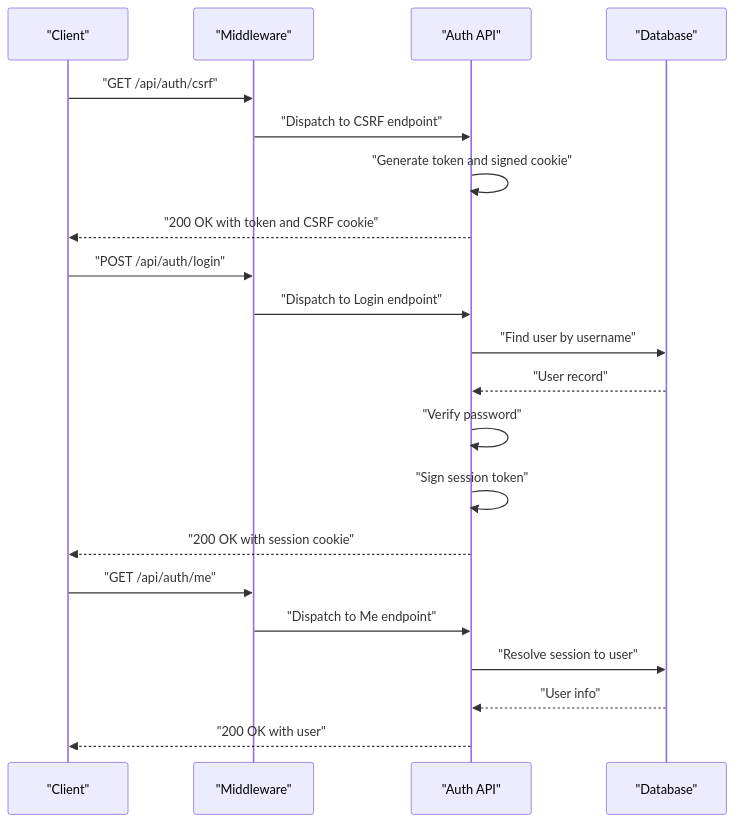
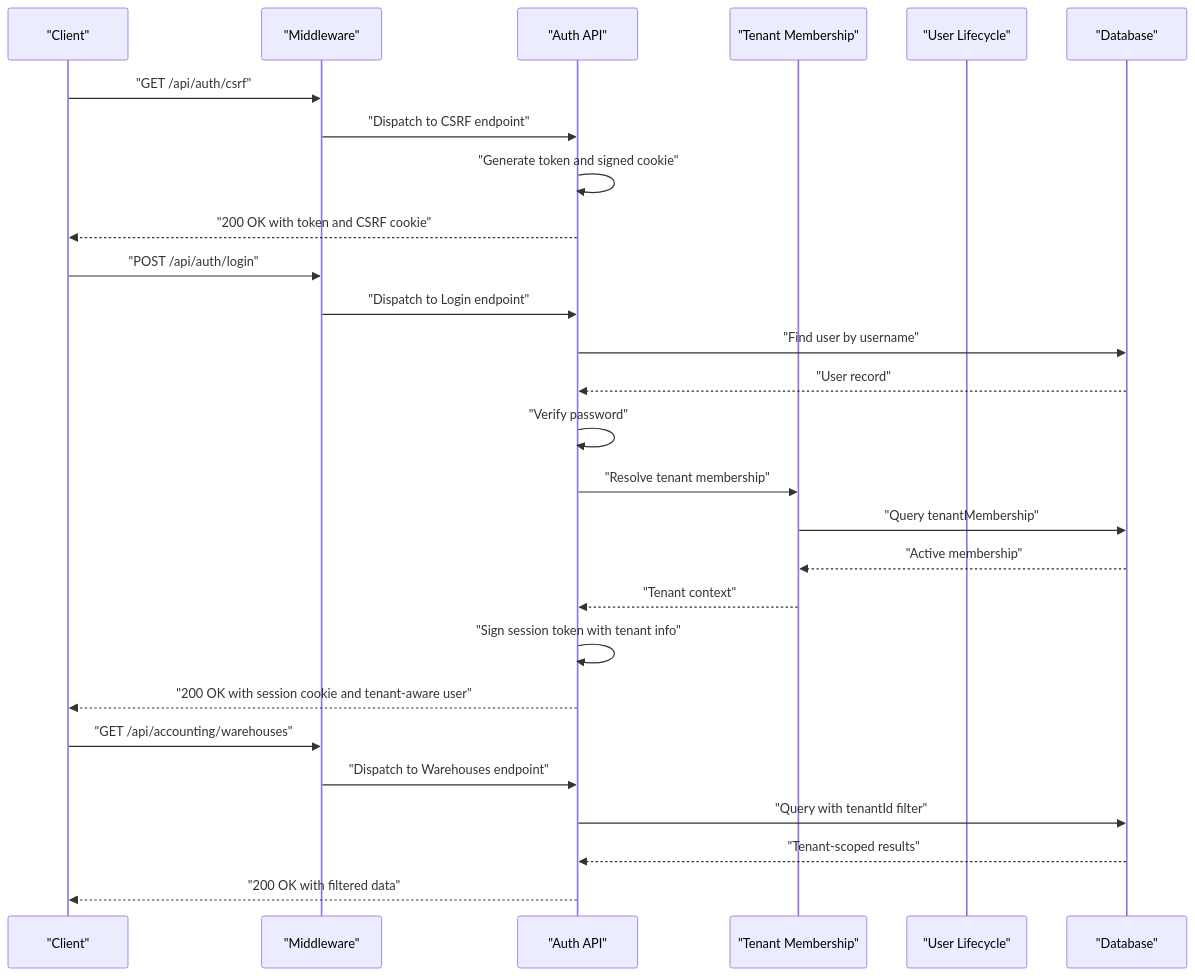
Before and after one commit to nzey11/erp-new: the second of 11 diagrams in .qoder/repowiki/en/content/Authentication & Authorization/Authentication & Authorization.md, drawn with Mermaid. The commit also changed other lines of this file and 6 other files, not shown here.

Commit message:
fix(tests): create tenant membership for users in auth tests

````diff
--- a/.qoder/repowiki/en/content/Authentication & Authorization/Authentication & Authorization.md
+++ b/.qoder/repowiki/en/content/Authentication & Authorization/Authentication & Authorization.md
@@ -118,23 +170,29 @@
 ```mermaid
 sequenceDiagram
 participant C as "Client"
 participant MW as "Middleware"
 participant API as "Auth API"
+participant TM as "Tenant Membership"
+participant UL as "User Lifecycle"
 participant DB as "Database"
 C->>MW : "GET /api/auth/csrf"
 MW->>API : "Dispatch to CSRF endpoint"
 API->>API : "Generate token and signed cookie"
 API-->>C : "200 OK with token and CSRF cookie"
 C->>MW : "POST /api/auth/login"
 MW->>API : "Dispatch to Login endpoint"
 API->>DB : "Find user by username"
 DB-->>API : "User record"
 API->>API : "Verify password"
-API->>API : "Sign session token"
-API-->>C : "200 OK with session cookie"
-C->>MW : "GET /api/auth/me"
-MW->>API : "Dispatch to Me endpoint"
-API->>DB : "Resolve session to user"
-DB-->>API : "User info"
-API-->>C : "200 OK with user"
+API->>TM : "Resolve tenant membership"
+TM->>DB : "Query tenantMembership"
+DB-->>TM : "Active membership"
+TM-->>API : "Tenant context"
+API->>API : "Sign session token with tenant info"
+API-->>C : "200 OK with session cookie and tenant-aware user"
+C->>MW : "GET /api/accounting/warehouses"
+MW->>API : "Dispatch to Warehouses endpoint"
+API->>DB : "Query with tenantId filter"
+DB-->>API : "Tenant-scoped results"
+API-->>C : "200 OK with filtered data"
 ```
````
